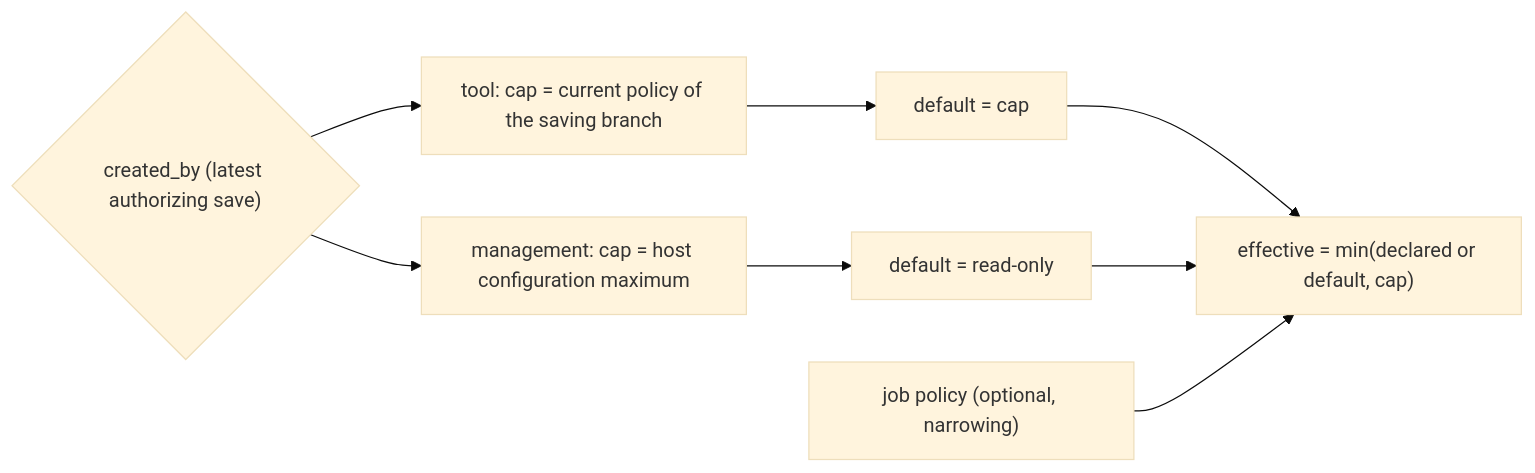
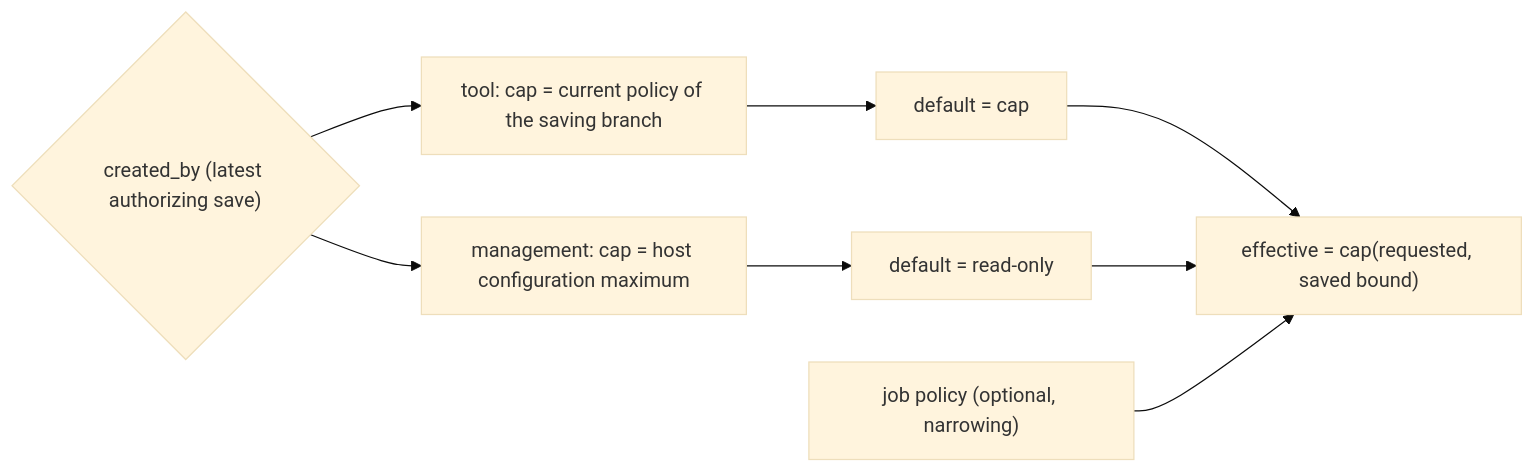
The fifth of 6 diagrams in docs/design/plugins/Scheduler.md (CoutinhoTTS/dim-agent), drawn with Mermaid (base theme) before and after one commit. The commit also changed other lines of this file and 6 other files, not shown here.

````diff
--- a/docs/design/plugins/Scheduler.md
+++ b/docs/design/plugins/Scheduler.md
@@ -248,13 +251,13 @@
 ```mermaid
 flowchart LR
   Created{"created_by (latest authorizing save)"}
   Tool["tool: cap = current policy of the saving branch"]
   User["management: cap = host configuration maximum"]
   Default1["default = cap"]
   Default2["default = read-only"]
   Declared["job policy (optional, narrowing)"]
-  Eff["effective = min(declared or default, cap)"]
+  Eff["effective = cap(requested, saved bound)"]
   Created --> Tool --> Default1 --> Eff
   Created --> User --> Default2 --> Eff
   Declared --> Eff
 ```
````
